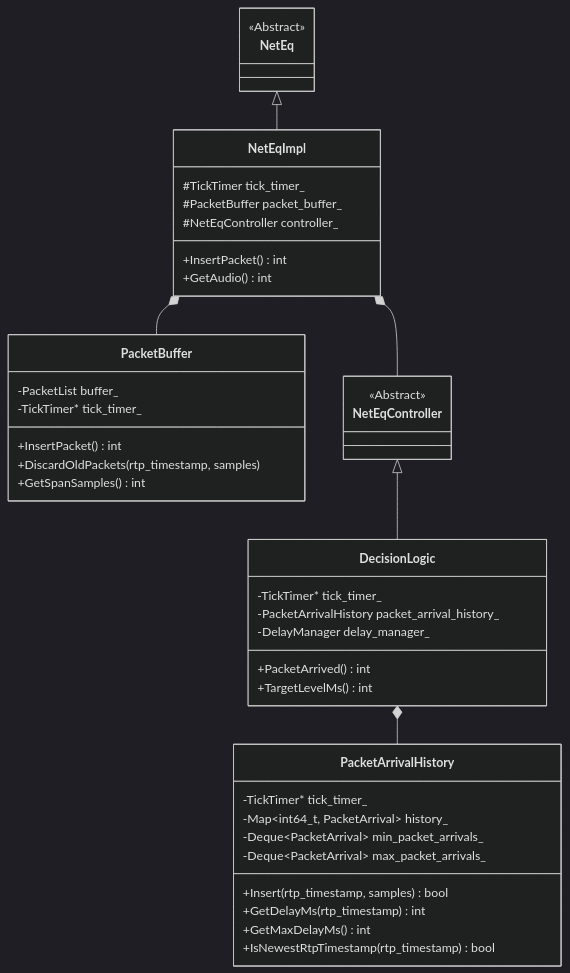
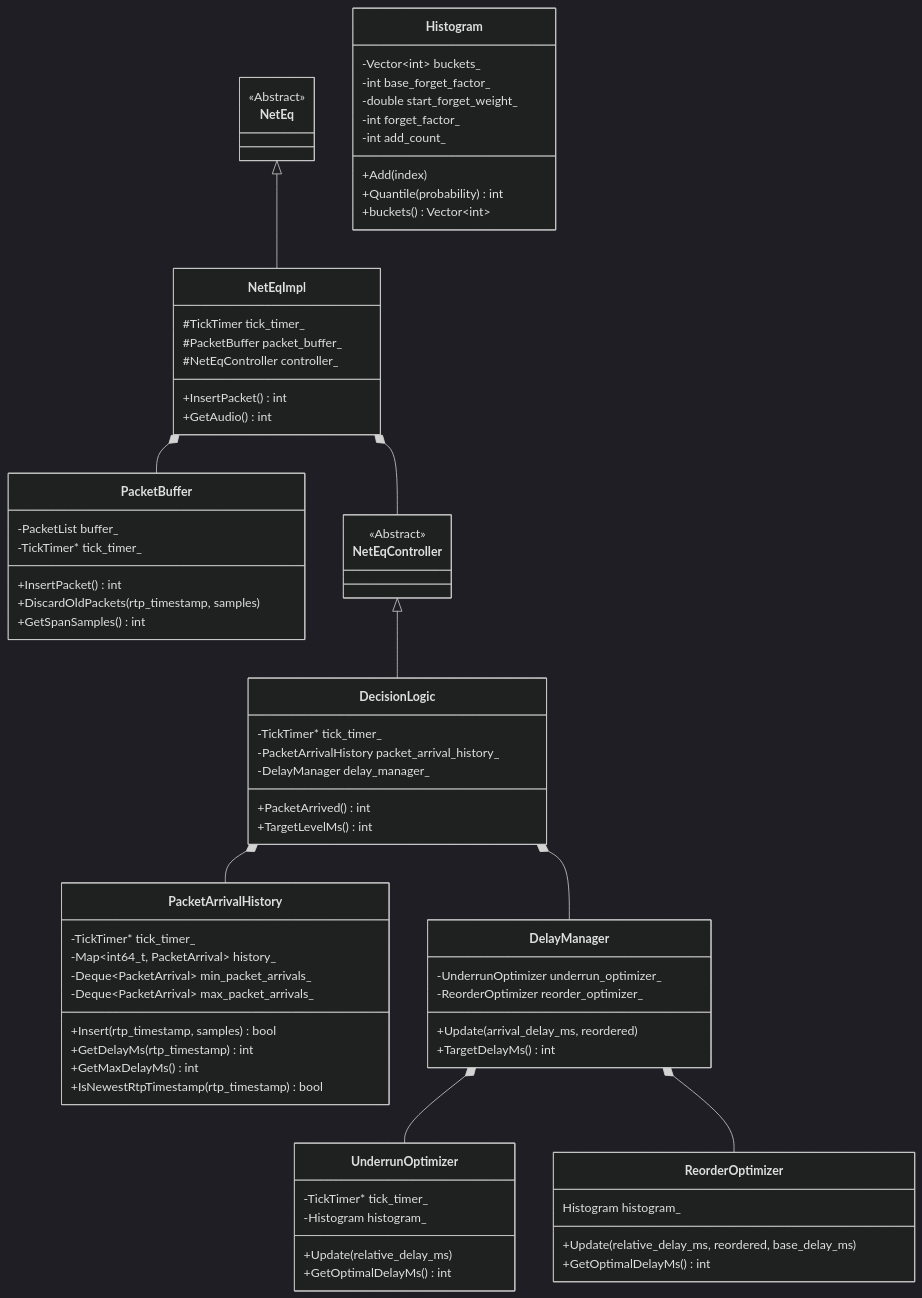
The diagram in proj/neteq/README.md (zhanwang-sky/webrtc), drawn with Mermaid (dark theme) before and after one commit.

````diff
--- a/proj/neteq/README.md
+++ b/proj/neteq/README.md
@@ -14,7 +14,7 @@
     NetEqImpl *-- PacketBuffer
     class PacketBuffer {
         -PacketList buffer_
-        %% Pointing to TickTimer::tick_timer_
+        %% Pointing to NetEqImpl::tick_timer_
         -TickTimer* tick_timer_
         %% 1) Record the tick value for each packet arrival
         %% 2) Insert at the appropriate position according to timestamp
@@ -30,7 +30,7 @@
     class NetEqController
     <<Abstract>> NetEqController
     class DecisionLogic {
-        %% Pointing to TickTimer::tick_timer_
+        %% Pointing to NetEqImpl::tick_timer_
         -TickTimer* tick_timer_
         -PacketArrivalHistory packet_arrival_history_
         -DelayManager delay_manager_
@@ -40,7 +40,7 @@
 
     DecisionLogic *-- PacketArrivalHistory
     class PacketArrivalHistory {
-        %% Pointing to TickTimer::tick_timer_
+        %% Pointing to NetEqImpl::tick_timer_
         -TickTimer* tick_timer_
         %% Sorted by rtp_timestamp
         -Map~int64_t, PacketArrival~ history_
@@ -53,4 +53,41 @@
         +GetMaxDelayMs() int
         +IsNewestRtpTimestamp(rtp_timestamp) bool
     }
+
+    DecisionLogic *-- DelayManager
+    class DelayManager {
+        -UnderrunOptimizer underrun_optimizer_
+        -ReorderOptimizer reorder_optimizer_
+        %% Considering the outputs of two optimizers comprehensively, calculate the optimal result
+        +Update(arrival_delay_ms, reordered)
+        %% Get result
+        +TargetDelayMs() int
+    }
+
+    DelayManager *-- UnderrunOptimizer
+    class UnderrunOptimizer {
+        %% Pointing to NetEqImpl::tick_timer_
+        -TickTimer* tick_timer_
+        -Histogram histogram_
+        +Update(relative_delay_ms)
+        +GetOptimalDelayMs() int
+    }
+
+    DelayManager *-- ReorderOptimizer
+    class ReorderOptimizer {
+        Histogram histogram_
+        +Update(relative_delay_ms, reordered, base_delay_ms)
+        +GetOptimalDelayMs() int
+    }
+
+    class Histogram {
+        -Vector~int~ buckets_
+        -int base_forget_factor_
+        -double start_forget_weight_
+        -int forget_factor_
+        -int add_count_
+        +Add(index)
+        +Quantile(probability) int
+        +buckets() Vector~int~
+    }
 ```
````
